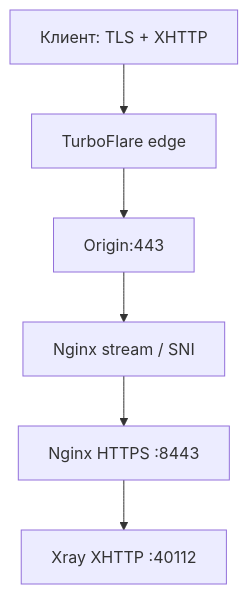
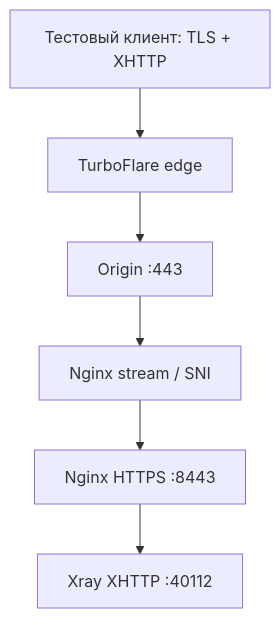
The diagram in README.md (indie-master/Turboflare_CDN_Setup_Guide), drawn with Mermaid before and after one commit. The commit also changed other lines of this file and 25 other files, not shown here.

Commit message:
docs: publish sanitized POST/query TurboFlare guide

````diff
--- a/README.md
+++ b/README.md
@@ -29,8 +26,8 @@
 ```mermaid
 flowchart TD
-    A["Клиент: TLS + XHTTP"] --> B["TurboFlare edge"]
-    B --> C["Origin:443"]
+    A["Тестовый клиент: TLS + XHTTP"] --> B["TurboFlare edge"]
+    B --> C["Origin :443"]
     C --> D["Nginx stream / SNI"]
     D --> E["Nginx HTTPS :8443"]
     E --> F["Xray XHTTP :40112"]
 ```
````
